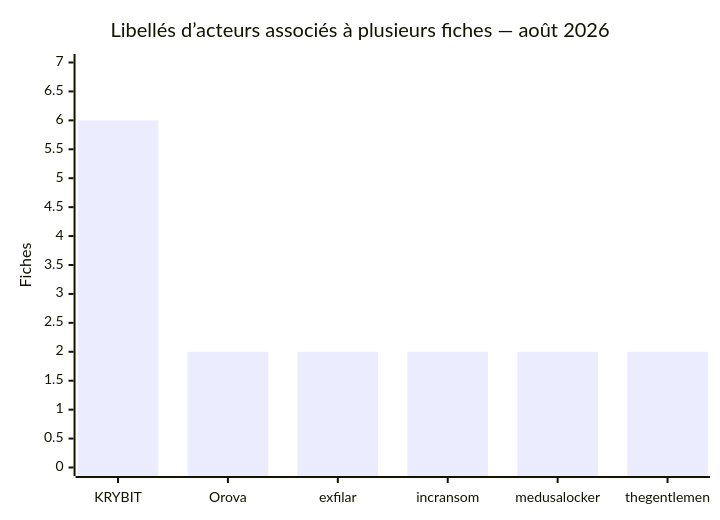
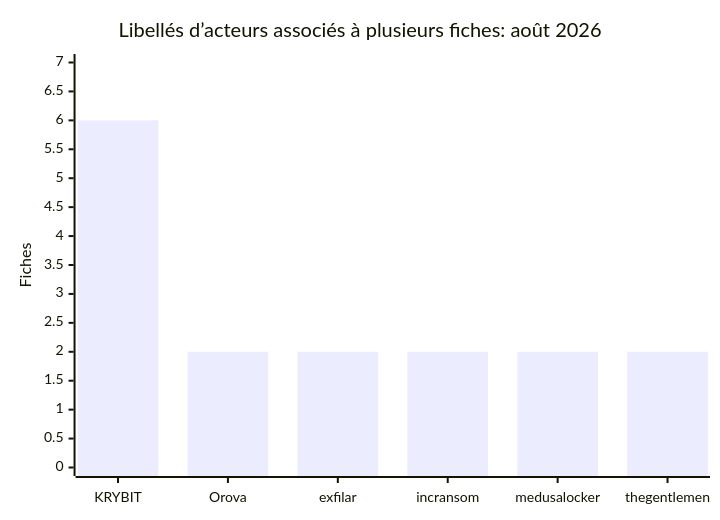
Before and after one commit to Hatchepsoute/AFRINTEL: the seventh of 7 diagrams in CyberAttackAfrica/2026/08-august/README_FR.md, drawn with Mermaid. The commit also changed other lines of this file and 1 other file, not shown here.

````diff
--- a/CyberAttackAfrica/2026/08-august/README_FR.md
+++ b/CyberAttackAfrica/2026/08-august/README_FR.md
@@ -361,7 +361,7 @@
 ```mermaid
 xychart-beta
-    title "Libellés d’acteurs associés à plusieurs fiches — août 2026"
+    title "Libellés d’acteurs associés à plusieurs fiches: août 2026"
     x-axis ["KRYBIT", "Orova", "exfilar", "incransom", "medusalocker", "thegentlemen"]
     y-axis "Fiches" 0 --> 7
     bar [6, 2, 2, 2, 2, 2]
 ```
````
